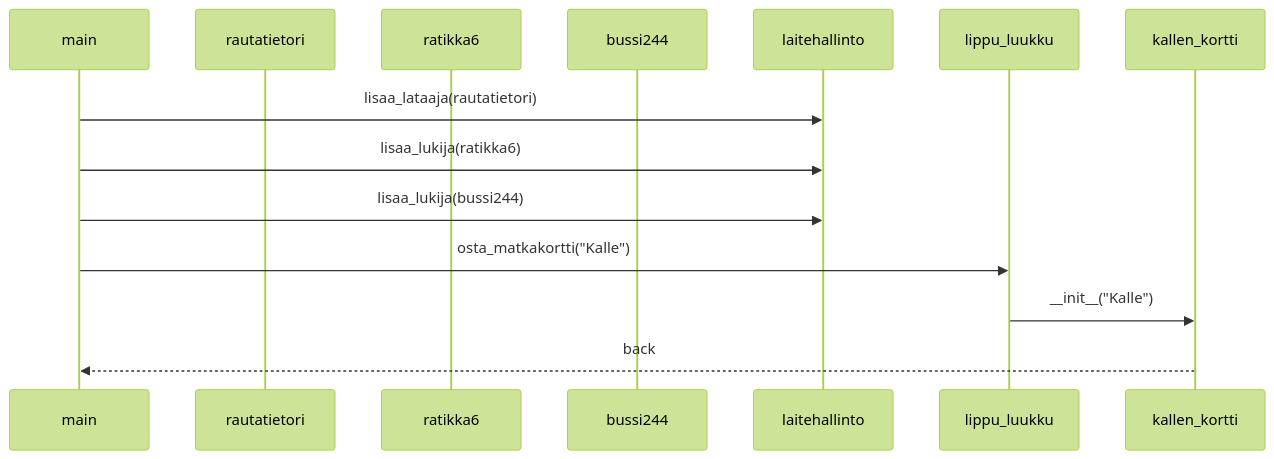
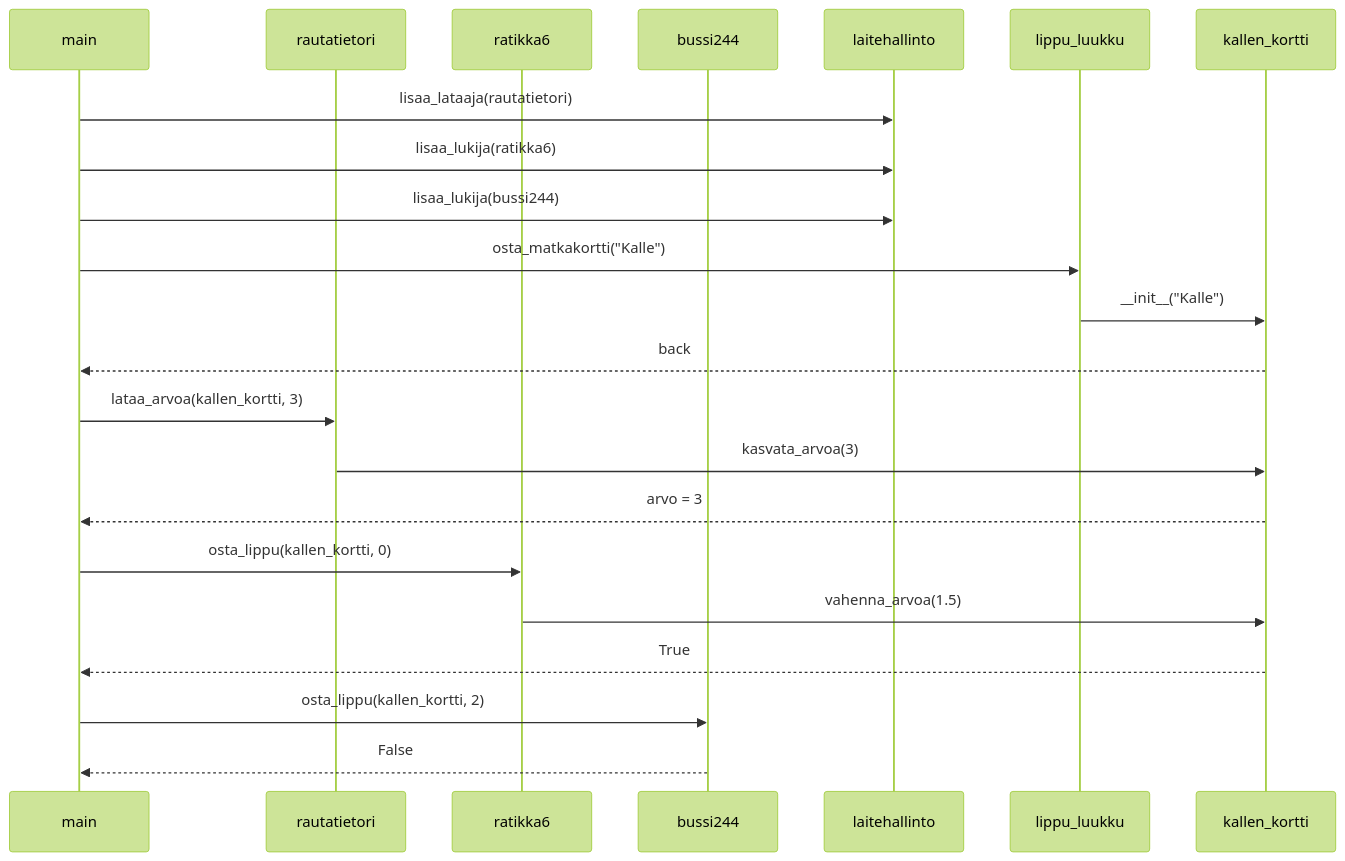
Before and after one commit to ThomasGrundstrom/ot-harjoitustyo: the diagram in laskarit/viikko3/tehtava4.md, drawn with Mermaid (forest theme).

Commit message:
viikko 3 tehtävä 4

````diff
--- a/laskarit/viikko3/tehtava4.md
+++ b/laskarit/viikko3/tehtava4.md
@@ -1,15 +1,23 @@
 ```mermaid
  sequenceDiagram
 	participant main
 	participant rautatietori
 	participant ratikka6
 	participant bussi244
 	main->>laitehallinto: lisaa_lataaja(rautatietori)
 	main->>laitehallinto: lisaa_lukija(ratikka6)
 	main->>laitehallinto: lisaa_lukija(bussi244)
 	participant lippu_luukku
 	main->>lippu_luukku: osta_matkakortti("Kalle")
 	lippu_luukku->>kallen_kortti: __init__("Kalle")
 	kallen_kortti-->>main: back
+	main->>rautatietori: lataa_arvoa(kallen_kortti, 3)
+	rautatietori->>kallen_kortti: kasvata_arvoa(3)
+	kallen_kortti-->>main: arvo = 3
+	main->>ratikka6: osta_lippu(kallen_kortti, 0)
+	ratikka6->>kallen_kortti: vahenna_arvoa(1.5)
+	kallen_kortti-->>main: True
+	main->>bussi244: osta_lippu(kallen_kortti, 2)
+	bussi244-->>main: False
 
 ```
````
